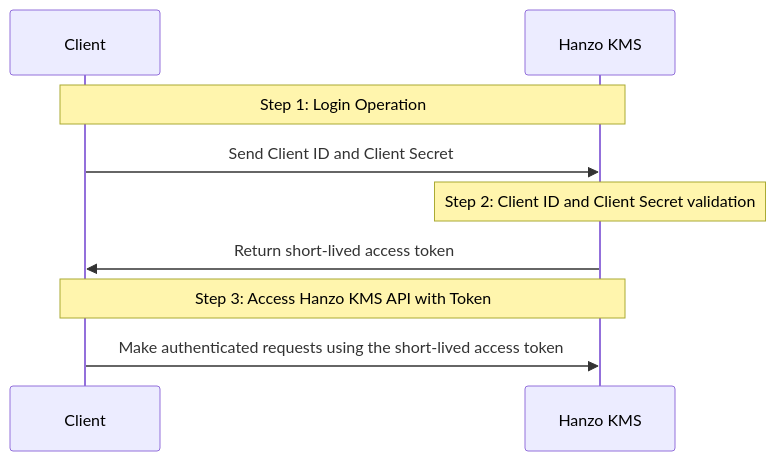
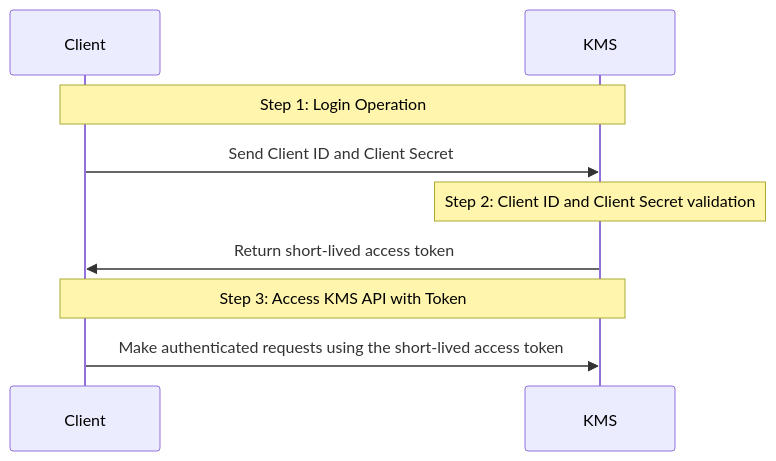
One commit to hanzoai/kms changed the diagram in docs/documentation/platform/identities/universal-auth.mdx. Above: the diagram before and after it, drawn with Mermaid. The commit also changed other lines of this file and 855 other files, not shown here.

````diff
--- a/docs/documentation/platform/identities/universal-auth.mdx
+++ b/docs/documentation/platform/identities/universal-auth.mdx
@@ -13,14 +13,14 @@
 ```mermaid
 sequenceDiagram
   participant Client as Client
-  participant Infis as Hanzo KMS
+  participant Infis as KMS
 
   Note over Client,Infis: Step 1: Login Operation
   Client->>Infis: Send Client ID and Client Secret
 
   Note over Infis: Step 2: Client ID and Client Secret validation
   Infis->>Client: Return short-lived access token
 
-  Note over Client,Infis: Step 3: Access Hanzo KMS API with Token
+  Note over Client,Infis: Step 3: Access KMS API with Token
   Client->>Infis: Make authenticated requests using the short-lived access token
 ```
````
